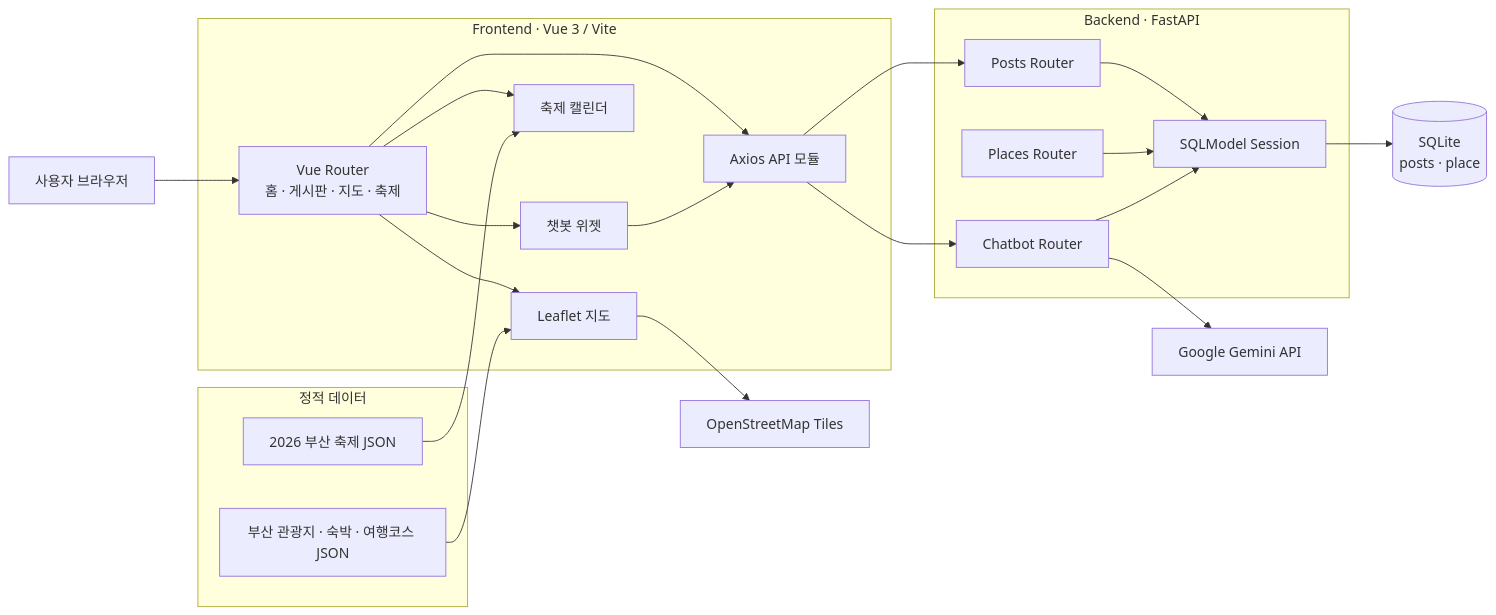
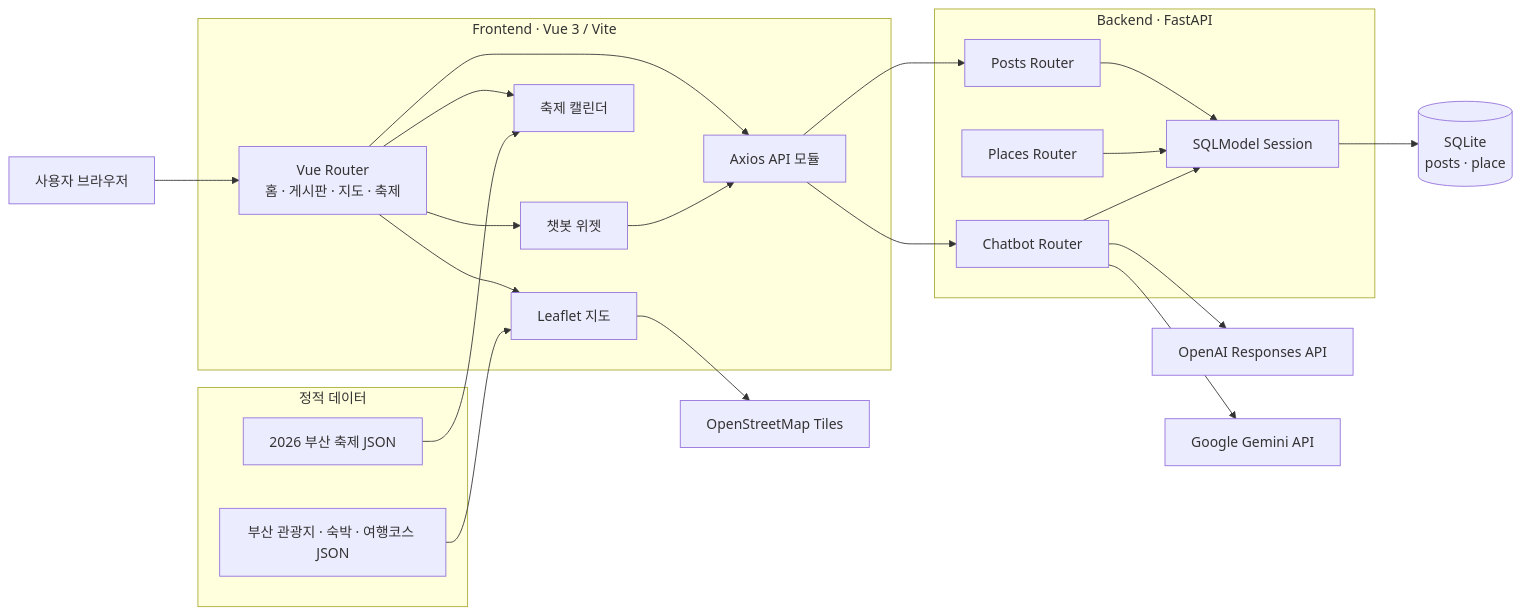
One commit to oneul0/localhub changed the first of 2 diagrams in README.md. Above: the diagram before and after it, drawn with Mermaid. The commit also changed other lines of this file and 5 other files, not shown here.

````diff
--- a/README.md
+++ b/README.md
@@ -82,45 +84,47 @@
 ```mermaid
 flowchart LR
     U["사용자 브라우저"]
 
     subgraph FE["Frontend · Vue 3 / Vite"]
         R["Vue Router<br/>홈 · 게시판 · 지도 · 축제"]
         A["Axios API 모듈"]
         M["Leaflet 지도"]
         C["축제 캘린더"]
         W["챗봇 위젯"]
     end
 
     subgraph DATA["정적 데이터"]
         J["부산 관광지 · 숙박 · 여행코스 JSON"]
         F["2026 부산 축제 JSON"]
     end
 
     subgraph BE["Backend · FastAPI"]
         P["Posts Router"]
         L["Places Router"]
         B["Chatbot Router"]
         S["SQLModel Session"]
     end
 
     DB[("SQLite<br/>posts · place")]
+    OA["OpenAI Responses API"]
     G["Google Gemini API"]
     O["OpenStreetMap Tiles"]
 
     U --> R
     R --> A
     R --> M
     R --> C
     R --> W
     J --> M
     F --> C
     A --> P
     W --> A
     A --> B
     P --> S
     L --> S
     B --> S
     S --> DB
+    B --> OA
     B --> G
     M --> O
 ```
````
